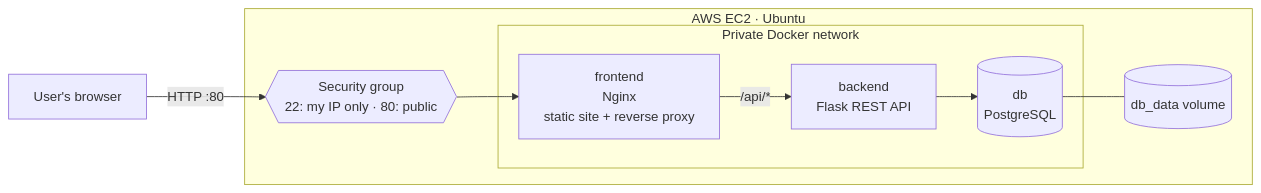
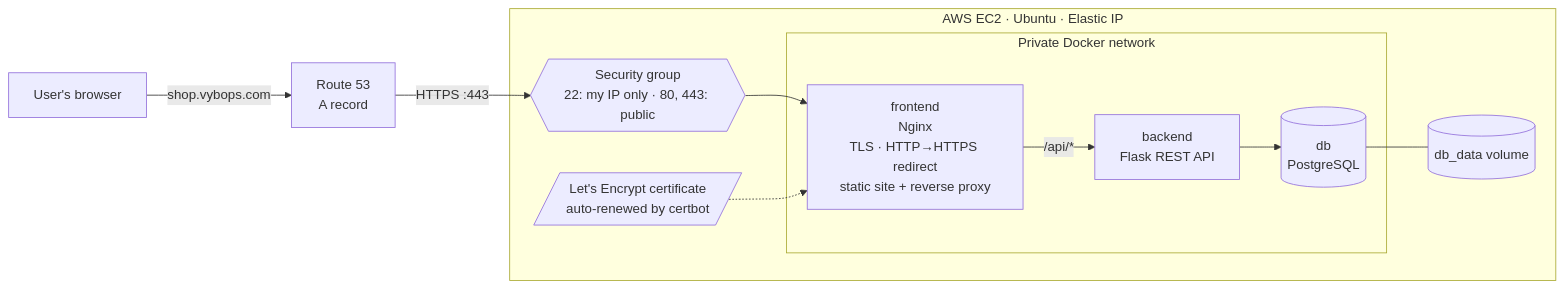
Before and after one commit to aseelibnashraf/ShopEase: the diagram in README.md, drawn with Mermaid. The commit also changed other lines of this file, not shown here.

Commit message:
Update README: live domain, HTTPS and production deploy steps

````diff
--- a/README.md
+++ b/README.md
@@ -13,19 +15,21 @@
 ```mermaid
 flowchart LR
-    U[User's browser] -->|HTTP :80| SG
+    U[User's browser] -->|shop.vybops.com| R53[Route 53<br/>A record]
+    R53 -->|HTTPS :443| SG
 
-    subgraph EC2[AWS EC2 · Ubuntu]
-        SG{{Security group<br/>22: my IP only · 80: public}}
+    subgraph EC2[AWS EC2 · Ubuntu · Elastic IP]
+        SG{{Security group<br/>22: my IP only · 80, 443: public}}
         SG --> F
 
         subgraph NET[Private Docker network]
-            F[frontend<br/>Nginx<br/>static site + reverse proxy]
+            F[frontend<br/>Nginx<br/>TLS · HTTP→HTTPS redirect<br/>static site + reverse proxy]
             B[backend<br/>Flask REST API]
             D[(db<br/>PostgreSQL)]
             F -->|/api/*| B
             B --> D
         end
 
         D --- V[(db_data volume)]
+        C[/Let's Encrypt certificate<br/>auto-renewed by certbot/] -.-> F
     end
 ```
````
